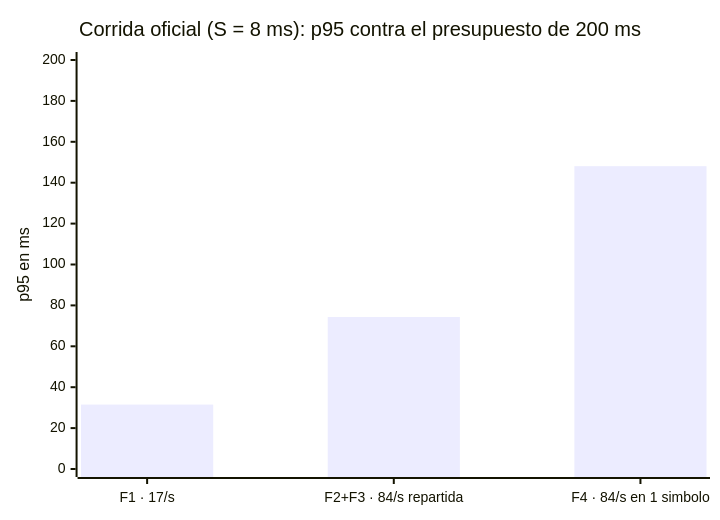
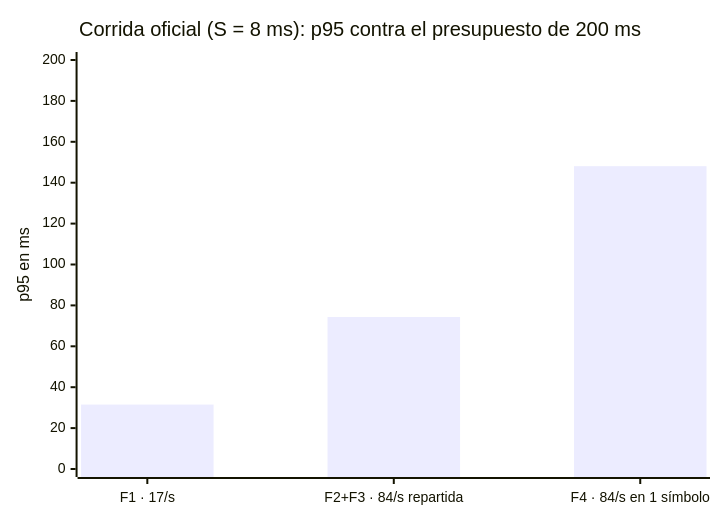
Before and after one commit to MATI-MBIT/arqsoft-reto-1: the second of 2 diagrams in docs/evidencia-corridas.md, drawn with Mermaid. The commit also changed other lines of this file and 10 other files, not shown here.

````diff
--- a/docs/evidencia-corridas.md
+++ b/docs/evidencia-corridas.md
@@ -154,7 +111,7 @@
 ```mermaid
 xychart-beta
     title "Corrida oficial (S = 8 ms): p95 contra el presupuesto de 200 ms"
-    x-axis ["F1 · 17/s", "F2+F3 · 84/s repartida", "F4 · 84/s en 1 simbolo"]
+    x-axis ["F1 · 17/s", "F2+F3 · 84/s repartida", "F4 · 84/s en 1 símbolo"]
     y-axis "p95 en ms" 0 --> 200
     bar [31.51, 74.32, 148.09]
 ```
````
